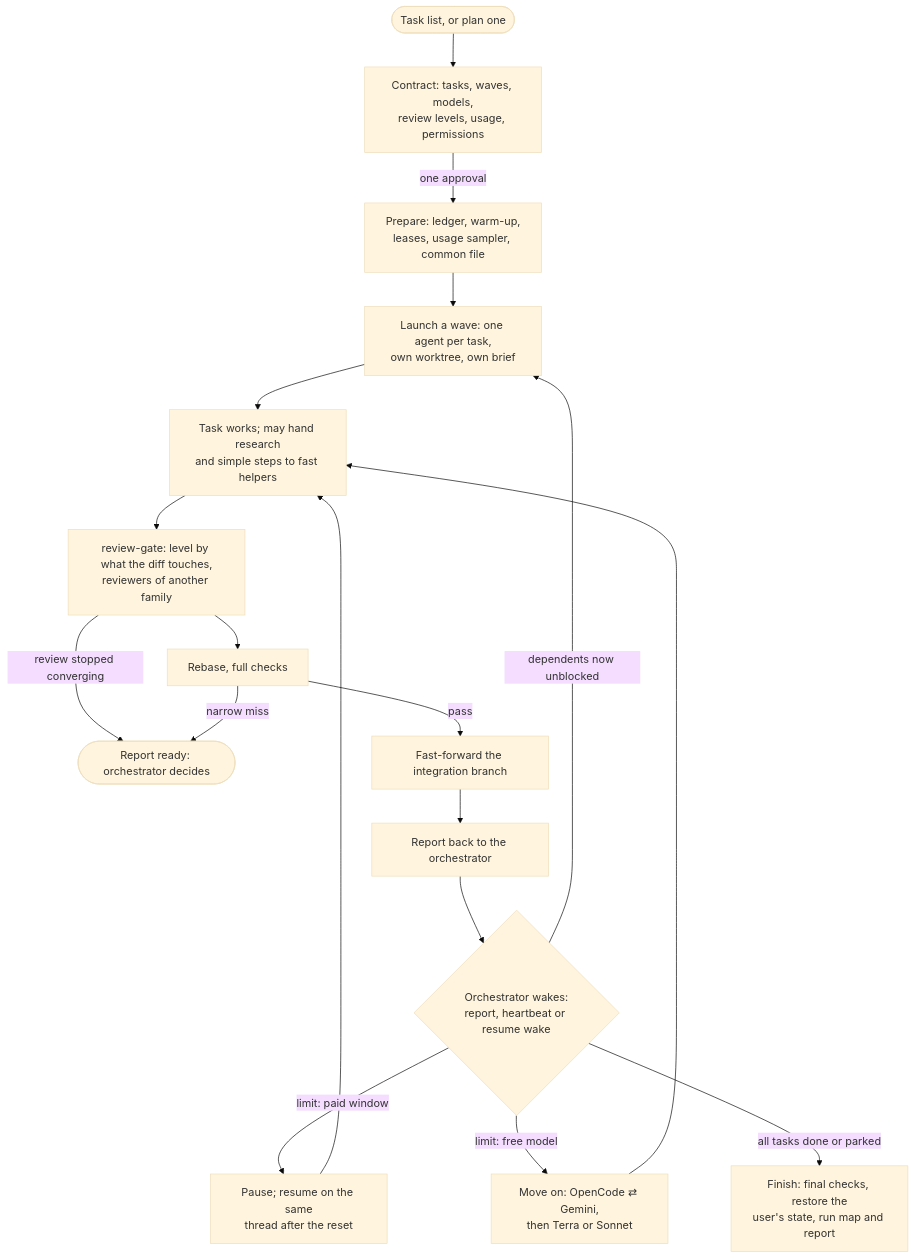
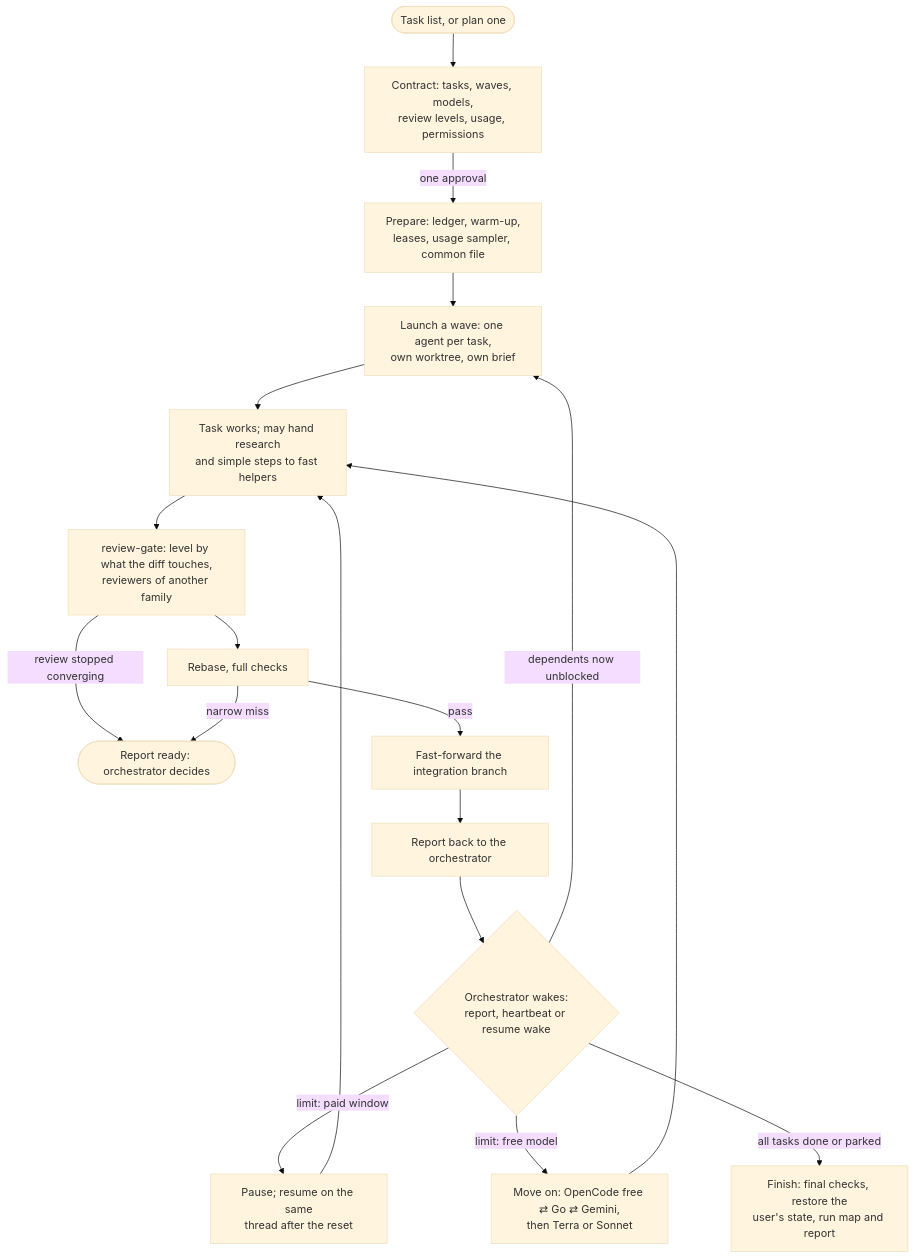
Before and after one commit to kristianbonnici/agent-skills: the diagram in docs/skills/long-horizon-orchestrator/README.md, drawn with Mermaid (base theme). The commit also changed 9 other files, not shown here.

Commit message:
feat(skills): OpenCode Go backs up the free models: review-gate 2.0.0 and long-horizon-orchestrator 3.0.0 move a limited free reviewer or helper to the same flash model on the flat-rate Go plan, whole tasks on that pool start on Go, and Go's larger models stay out while its limit may be shared

````diff
--- a/docs/skills/long-horizon-orchestrator/README.md
+++ b/docs/skills/long-horizon-orchestrator/README.md
@@ -9,20 +9,20 @@
 ```mermaid
 flowchart TD
   plan([Task list, or plan one]) --> contract["Contract: tasks, waves, models,<br/>review levels, usage, permissions"]
   contract -->|one approval| prep["Prepare: ledger, warm-up,<br/>leases, usage sampler, common file"]
   prep --> launch["Launch a wave: one agent per task,<br/>own worktree, own brief"]
   launch --> work["Task works; may hand research<br/>and simple steps to fast helpers"]
   work --> gate["review-gate: level by what the diff touches,<br/>reviewers of another family"]
   gate -->|review stopped converging| ready([Report ready: orchestrator decides])
   gate --> checks["Rebase, full checks"]
   checks -->|pass| merge["Fast-forward the integration branch"]
   checks -->|narrow miss| ready
   merge --> report["Report back to the orchestrator"]
   report --> wake{"Orchestrator wakes:<br/>report, heartbeat or resume wake"}
   wake -->|dependents now unblocked| launch
   wake -->|"limit: paid window"| pause["Pause; resume on the same<br/>thread after the reset"]
   pause --> work
-  wake -->|"limit: free model"| move["Move on: OpenCode ⇄ Gemini,<br/>then Terra or Sonnet"]
+  wake -->|"limit: free model"| move["Move on: OpenCode free ⇄ Go ⇄ Gemini,<br/>then Terra or Sonnet"]
   move --> work
   wake -->|all tasks done or parked| finish["Finish: final checks, restore the<br/>user's state, run map and report"]
 ```
````
